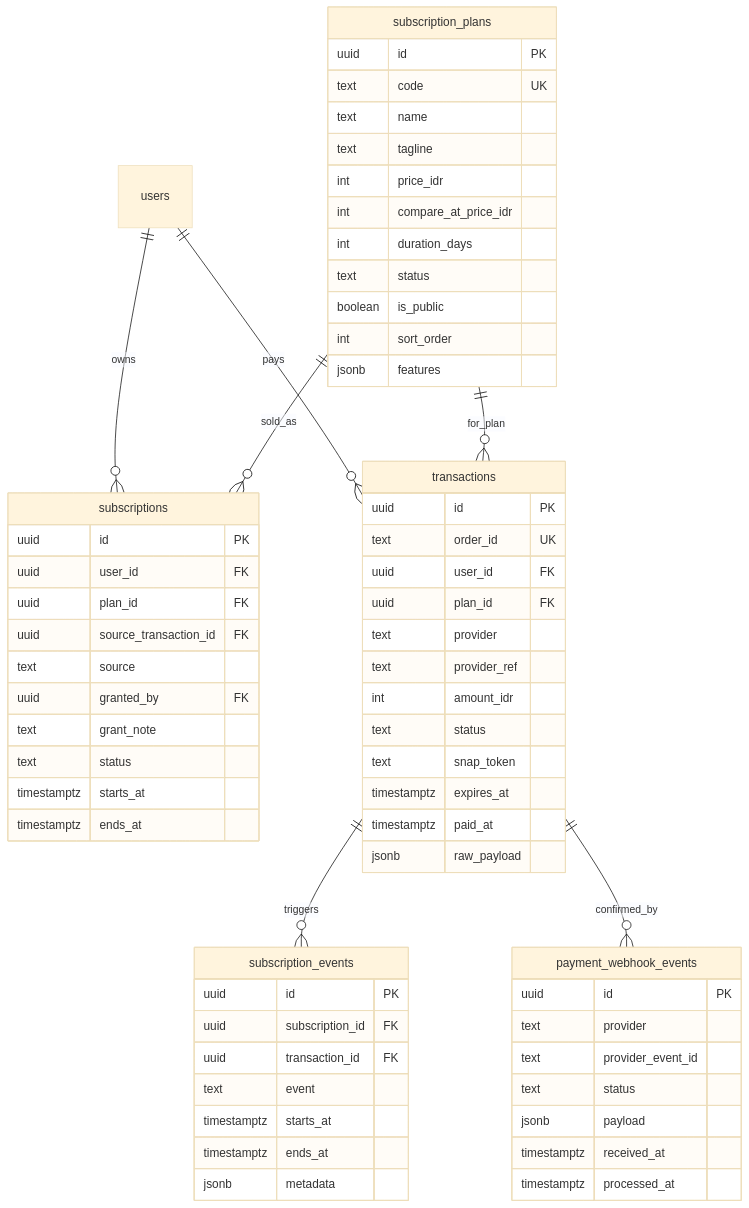
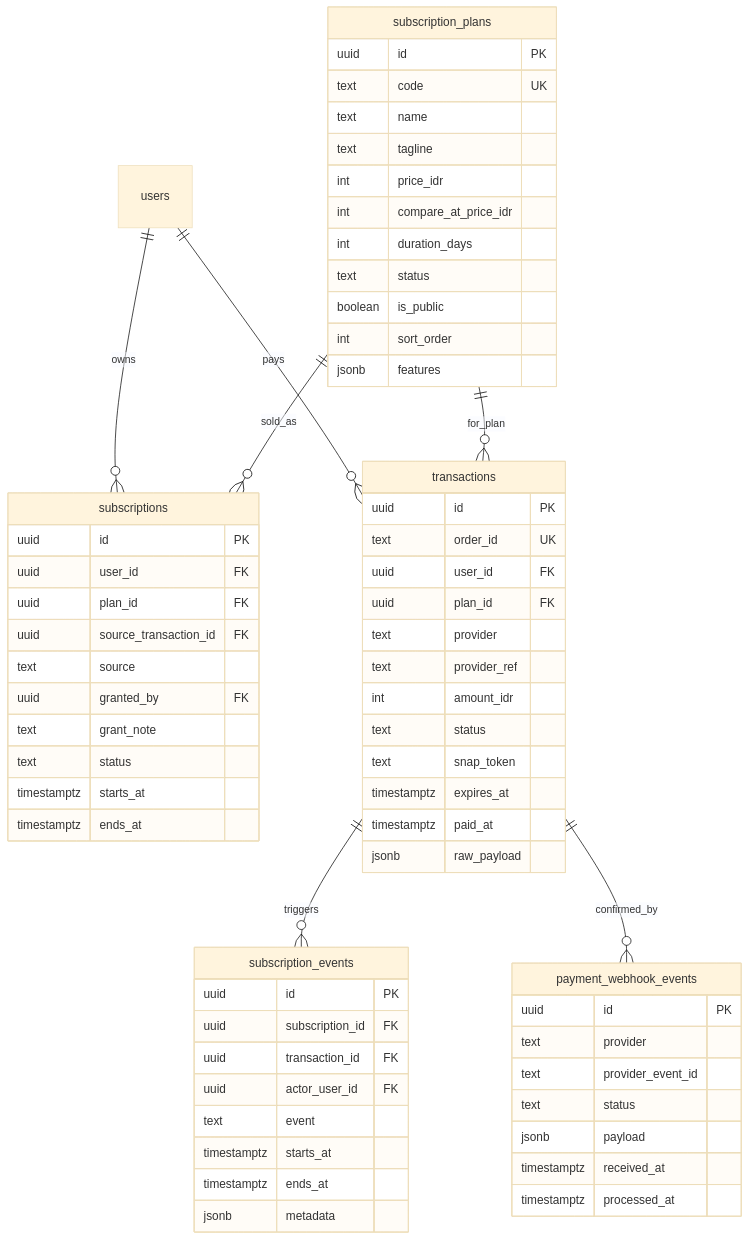
The fifth of 12 diagrams in plan.md (ululhikam/web_CAT), drawn with Mermaid (base theme) before and after one commit. The commit also changed other lines of this file and 188 other files, not shown here.

````diff
--- a/plan.md
+++ b/plan.md
@@ -589,67 +596,68 @@
 ```mermaid
 erDiagram
   users ||--o{ subscriptions : owns
   subscription_plans ||--o{ subscriptions : sold_as
   users ||--o{ transactions : pays
   subscription_plans ||--o{ transactions : for_plan
   transactions ||--o{ subscription_events : triggers
   transactions ||--o{ payment_webhook_events : confirmed_by
 
   subscription_plans {
     uuid id PK
     text code UK
     text name
     text tagline
     int price_idr
     int compare_at_price_idr
     int duration_days
     text status
     boolean is_public
     int sort_order
     jsonb features
   }
   subscriptions {
     uuid id PK
     uuid user_id FK
     uuid plan_id FK
     uuid source_transaction_id FK
     text source
     uuid granted_by FK
     text grant_note
     text status
     timestamptz starts_at
     timestamptz ends_at
   }
   subscription_events {
     uuid id PK
     uuid subscription_id FK
     uuid transaction_id FK
+    uuid actor_user_id FK
     text event
     timestamptz starts_at
     timestamptz ends_at
     jsonb metadata
   }
   transactions {
     uuid id PK
     text order_id UK
     uuid user_id FK
     uuid plan_id FK
     text provider
     text provider_ref
     int amount_idr
     text status
     text snap_token
     timestamptz expires_at
     timestamptz paid_at
     jsonb raw_payload
   }
   payment_webhook_events {
     uuid id PK
     text provider
     text provider_event_id
     text status
     jsonb payload
     timestamptz received_at
     timestamptz processed_at
   }
 ```
````
